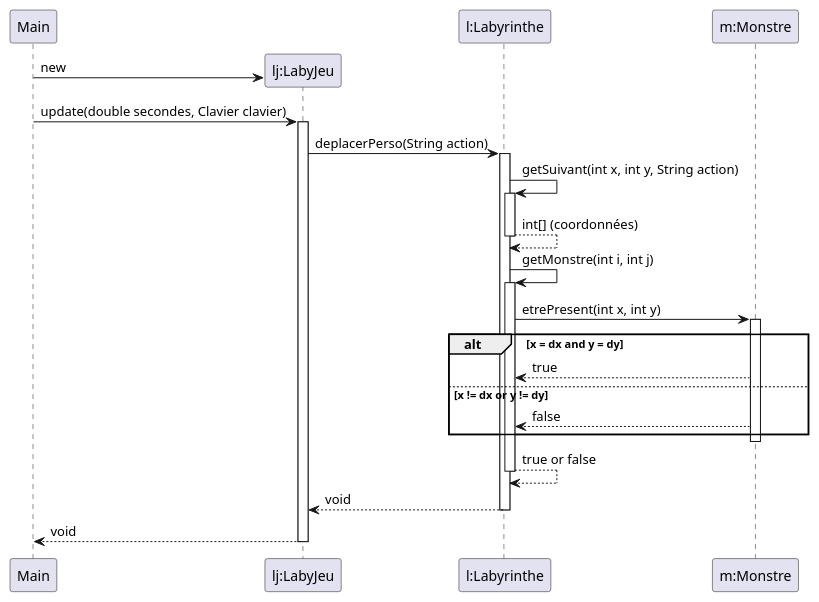
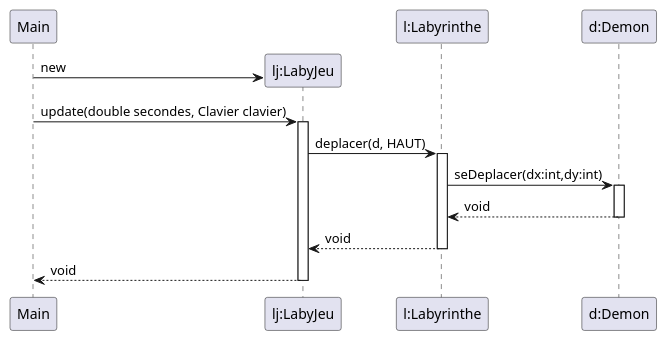
The diagram in documents/version_2/Fonction_3.puml (WashiFR/2023_Zeldiablo_weier3u_lemeunie6u_chauvel8u_dietric43u), drawn with PlantUML before and after one commit. The commit also changed 7 other files, not shown here.

Commit message:
Rectification des diagrammes de séquence

```diff
--- a/documents/version_2/Fonction_3.puml
+++ b/documents/version_2/Fonction_3.puml
@@ -1,37 +1,25 @@
 @startuml
 'https://plantuml.com/sequence-diagram
 
 participant Main
 participant "lj:LabyJeu" as lj
 participant "l:Labyrinthe" as l
-participant "m:Monstre" as m
+participant "d:Demon" as d
 
 create lj
 Main -> lj : new
 Main -> lj : update(double secondes, Clavier clavier)
 activate lj
-lj -> l : deplacerPerso(String action)
+lj -> l : deplacer(d, HAUT)
 activate l
-l -> l : getSuivant(int x, int y, String action)
-activate l
-l --> l : int[] (coordonnées)
-deactivate l
-l -> l : getMonstre(int i, int j)
-activate l
-l-> m : etrePresent(int x, int y)
-alt x = dx and y = dy
-activate m
-m --> l : true
-else x != dx or y != dy
-m --> l : false
-end
-deactivate m
-l --> l : true or false
-deactivate l
+l -> d : seDeplacer(dx:int,dy:int)
+activate d
+d --> l : void
+deactivate d
 l --> lj : void
 deactivate l
 lj --> Main : void
 deactivate lj
 
 
 @enduml
```
